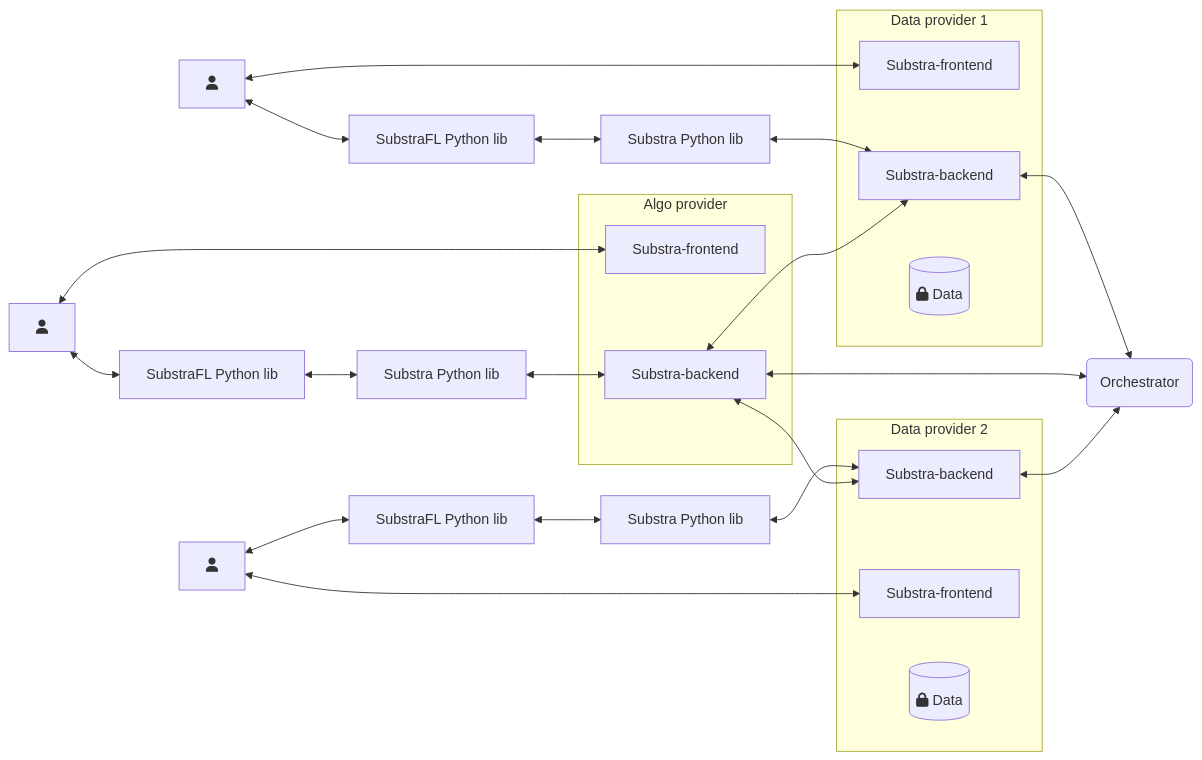
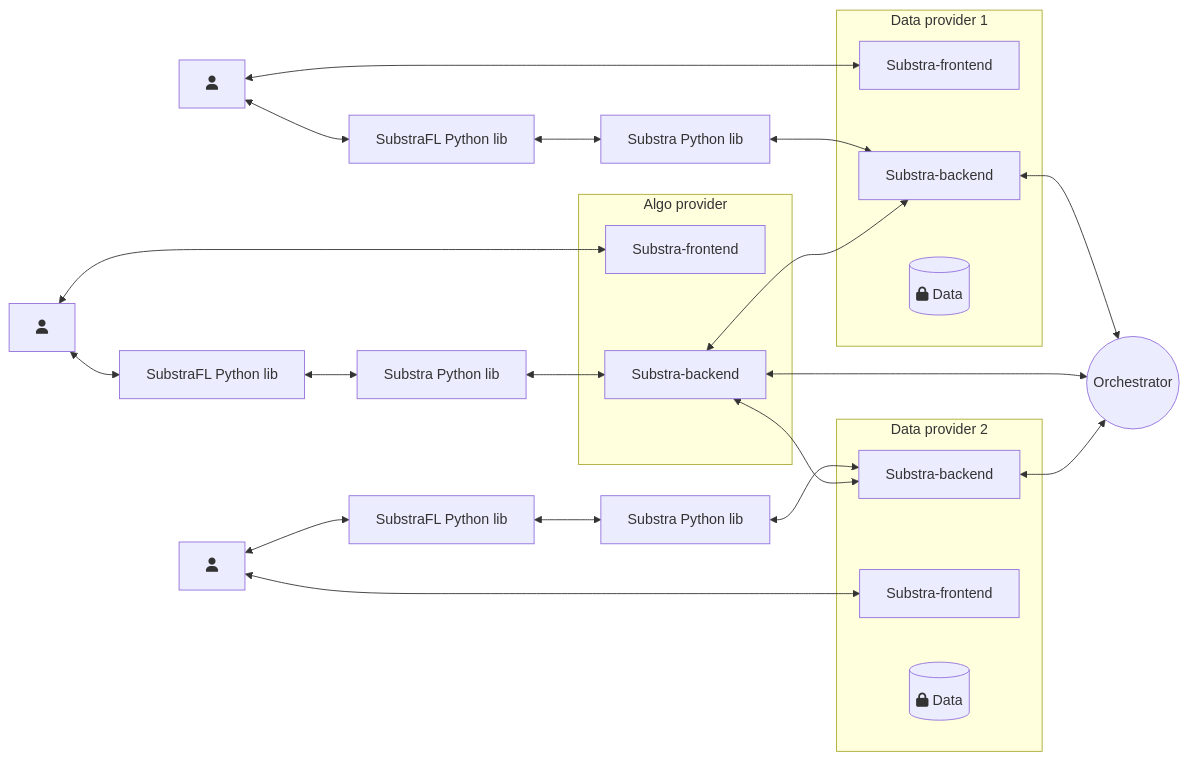
Before and after one commit to Substra/substra-documentation: the diagram in docs/source/static/graphs/software-diagram.mmd, drawn with Mermaid.

Commit message:
add graph

```diff
--- a/docs/source/static/graphs/software-diagram.mmd
+++ b/docs/source/static/graphs/software-diagram.mmd
@@ -1,43 +1,43 @@
 flowchart LR
     subgraph Data provider 2
     sb2
     sf2[Substra-frontend]
     db1[(fa:fa-lock Data)]
     end
 
     subgraph Algo provider
     sf1[Substra-frontend]
     sb1
     end
 
     subgraph Data provider 1
     sf3[Substra-frontend]
     sb3
     db2[(fa:fa-lock Data)]
     end
 
-    sb2[Substra-backend]<-->O(Orchestrator)
-    sb1[Substra-backend]<-->O(Orchestrator)
-    sb3[Substra-backend]<-->O(Orchestrator)
+    sb2[Substra-backend]<-->O((Orchestrator))
+    sb1[Substra-backend]<-->O
+    sb3[Substra-backend]<-->O
 
     sb1 <--> sb2
     sb1 <--> sb3
 
     substra1[Substra Python lib] <--> sb1
     substrafl1[SubstraFL Python lib] <--> substra1
 
     substra2[Substra Python lib] <--> sb2
     substrafl2[SubstraFL Python lib] <--> substra2
 
     substra3[Substra Python lib] <--> sb3
     substrafl3[SubstraFL Python lib] <--> substra3
 
 
     U1[fa:fa-user] <--> substrafl1
     U1 <--> sf1
 
     U2[fa:fa-user] <--> substrafl2
     U2 <--> sf2
 
     U3[fa:fa-user] <--> substrafl3
     U3 <--> sf3
```
